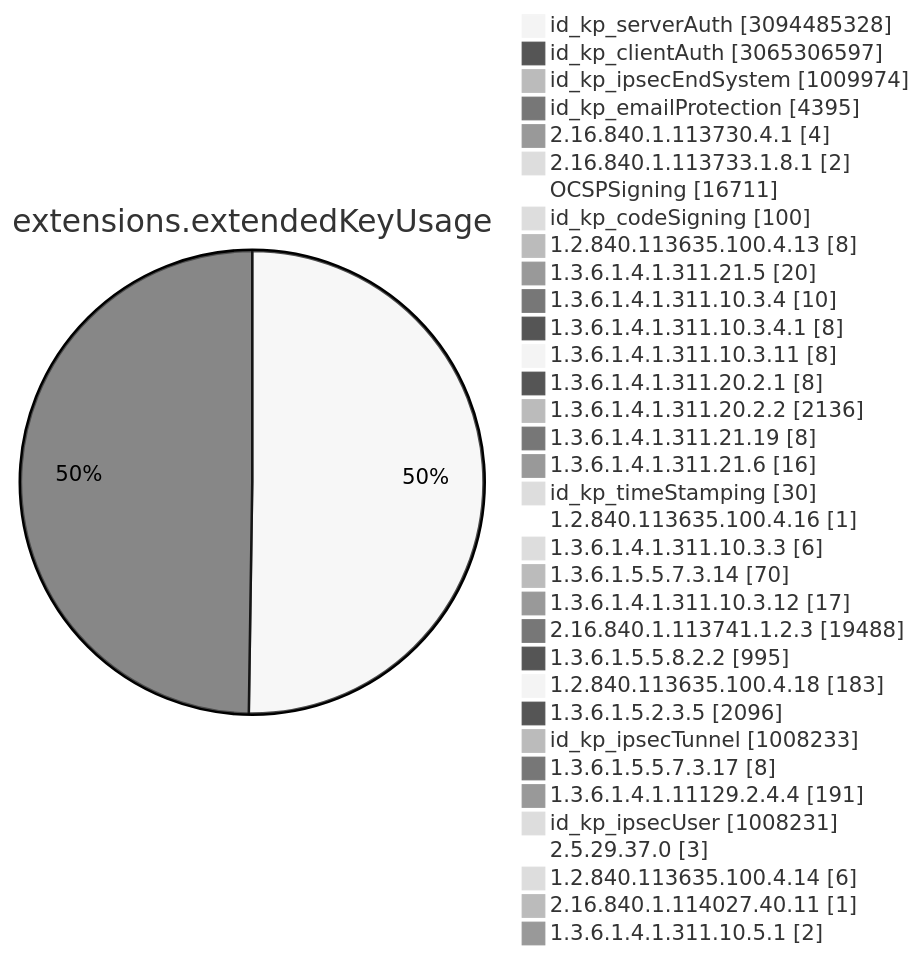
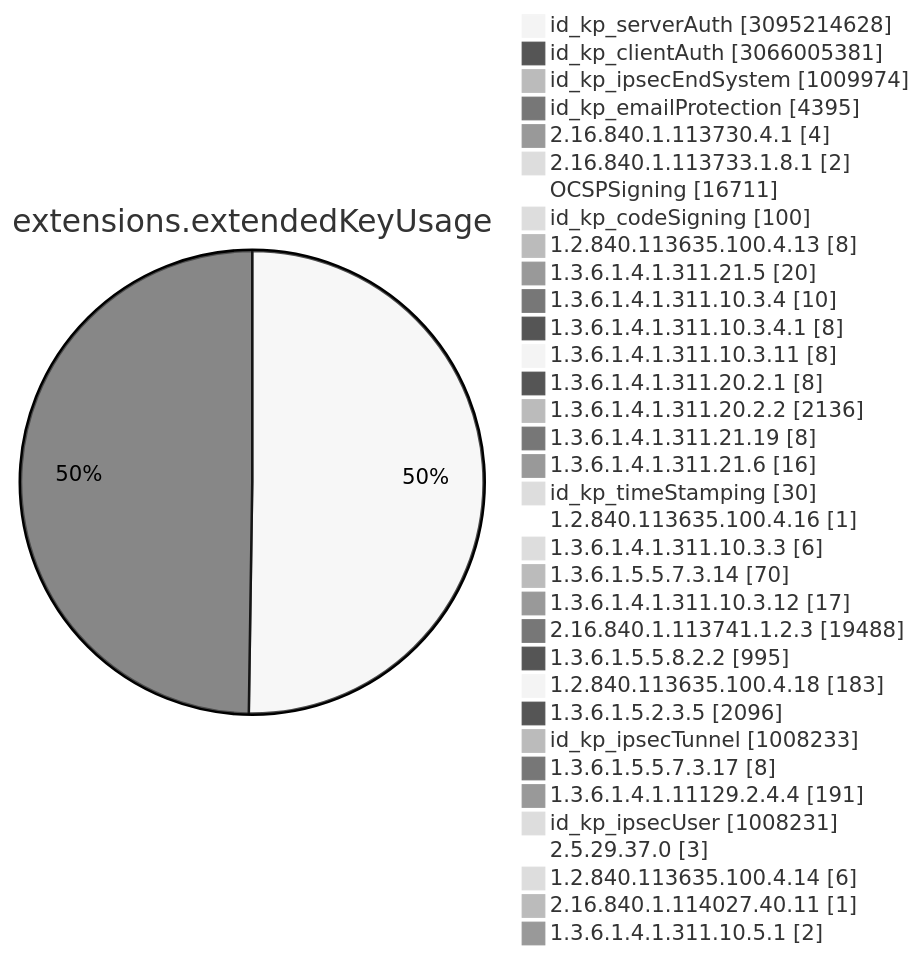
Before and after one commit to christiankrug/ctmonitor_visualization: diagram 11 of 15 in TOTAL/README.md, drawn with Mermaid (neutral theme). The commit also changed other lines of this file, not shown here.

````diff
--- a/TOTAL/README.md
+++ b/TOTAL/README.md
@@ -4119,38 +4119,38 @@
 ```mermaid
 pie showData
 title extensions.extendedKeyUsage
-"id_kp_serverAuth" :3094485328
-"id_kp_clientAuth" :3065306597
+"id_kp_serverAuth" :3095214628
+"id_kp_clientAuth" :3066005381
 "id_kp_ipsecEndSystem" :1009974
 "id_kp_emailProtection" :4395
 "2.16.840.1.113730.4.1" :4
 "2.16.840.1.113733.1.8.1" :2
 "OCSPSigning" :16711
 "id_kp_codeSigning" :100
 "1.2.840.113635.100.4.13" :8
 "1.3.6.1.4.1.311.21.5" :20
 "1.3.6.1.4.1.311.10.3.4" :10
 "1.3.6.1.4.1.311.10.3.4.1" :8
 "1.3.6.1.4.1.311.10.3.11" :8
 "1.3.6.1.4.1.311.20.2.1" :8
 "1.3.6.1.4.1.311.20.2.2" :2136
 "1.3.6.1.4.1.311.21.19" :8
 "1.3.6.1.4.1.311.21.6" :16
 "id_kp_timeStamping" :30
 "1.2.840.113635.100.4.16" :1
 "1.3.6.1.4.1.311.10.3.3" :6
 "1.3.6.1.5.5.7.3.14" :70
 "1.3.6.1.4.1.311.10.3.12" :17
 "2.16.840.1.113741.1.2.3" :19488
 "1.3.6.1.5.5.8.2.2" :995
 "1.2.840.113635.100.4.18" :183
 "1.3.6.1.5.2.3.5" :2096
 "id_kp_ipsecTunnel" :1008233
 "1.3.6.1.5.5.7.3.17" :8
 "1.3.6.1.4.1.11129.2.4.4" :191
 "id_kp_ipsecUser" :1008231
 "2.5.29.37.0" :3
 "1.2.840.113635.100.4.14" :6
 "2.16.840.1.114027.40.11" :1
 "1.3.6.1.4.1.311.10.5.1" :2
 ```
````
